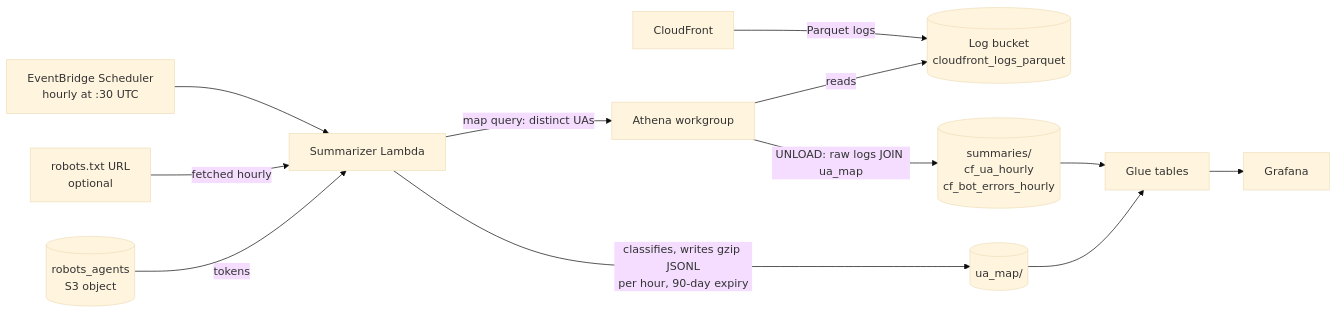
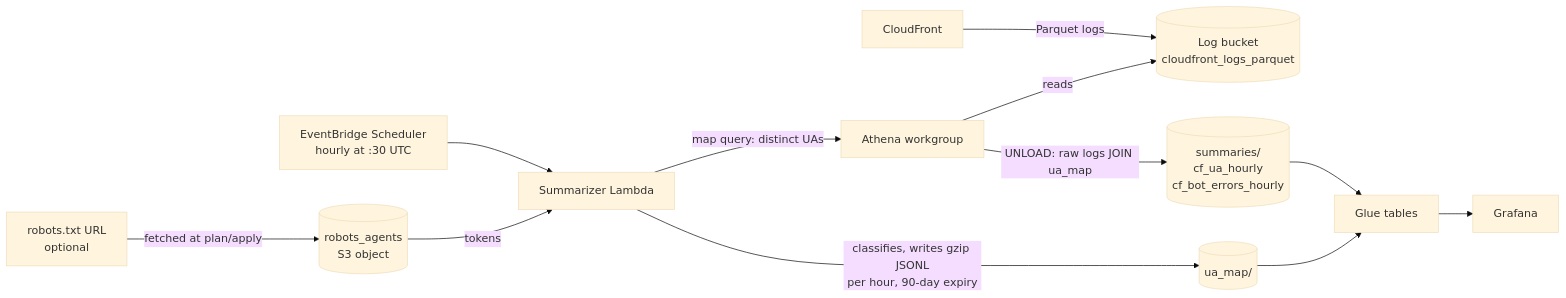
Before and after one commit to tx-pts-dai/terraform-aws-cloudfront-logs-analyzer: the second of 2 diagrams in README.md, drawn with Mermaid (base theme). The commit also changed other lines of this file and 6 other files, not shown here.

Commit message:
feat!: fetch robots_agents_url at plan/apply instead of in the Lambda (#26)

````diff
--- a/README.md
+++ b/README.md
@@ -183,14 +183,14 @@
 ```mermaid
 flowchart LR
   CF[CloudFront] -->|Parquet logs| Logs[(Log bucket<br>cloudfront_logs_parquet)]
   Sched[EventBridge Scheduler<br>hourly at :30 UTC] --> Fn[Summarizer Lambda]
-  Web[robots.txt URL<br>optional] -->|fetched hourly| Fn
-  Robots[(robots_agents<br>S3 object)] -->|tokens| Fn
+  Web[robots.txt URL<br>optional] -->|fetched at plan/apply| Robots[(robots_agents<br>S3 object)]
+  Robots -->|tokens| Fn
   Fn -->|map query: distinct UAs| Ath[Athena workgroup]
   Ath -->|reads| Logs
   Fn -->|classifies, writes gzip JSONL<br>per hour, 90-day expiry| Map[(ua_map/)]
   Ath -->|UNLOAD: raw logs JOIN ua_map| Sum[(summaries/<br>cf_ua_hourly<br>cf_bot_errors_hourly)]
   Map --> Glue[Glue tables]
   Sum --> Glue
   Glue --> Graf[Grafana]
 ```
````
